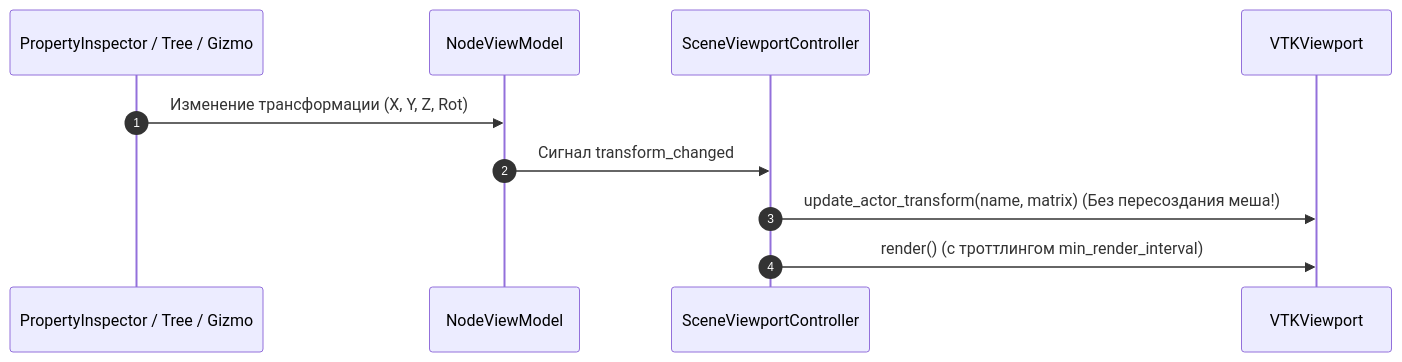
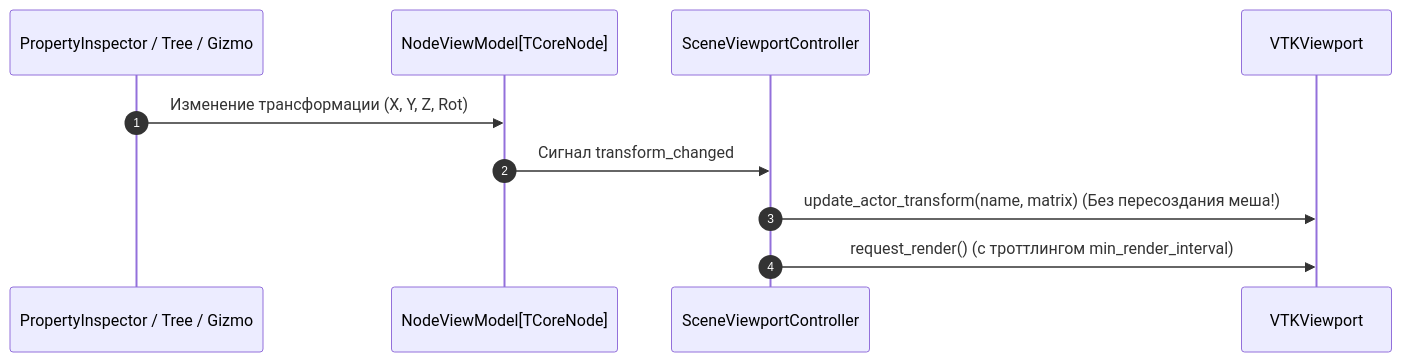
The fifth of 5 diagrams in docs/gui_architecture.md (GurkoMikhail/NMSimToolkit), drawn with Mermaid before and after one commit. The commit also changed other lines of this file and 212 other files, not shown here.

````diff
--- a/docs/gui_architecture.md
+++ b/docs/gui_architecture.md
@@ -232,13 +232,13 @@
 ```mermaid
 sequenceDiagram
     autonumber
     participant UI as PropertyInspector / Tree / Gizmo
-    participant NVM as NodeViewModel
+    participant NVM as NodeViewModel[TCoreNode]
     participant SVC as SceneViewportController
     participant VP as VTKViewport
 
     UI->>NVM: Изменение трансформации (X, Y, Z, Rot)
     NVM->>SVC: Сигнал transform_changed
     SVC->>VP: update_actor_transform(name, matrix) (Без пересоздания меша!)
-    SVC->>VP: render() (с троттлингом min_render_interval)
+    SVC->>VP: request_render() (с троттлингом min_render_interval)
 ```
````
